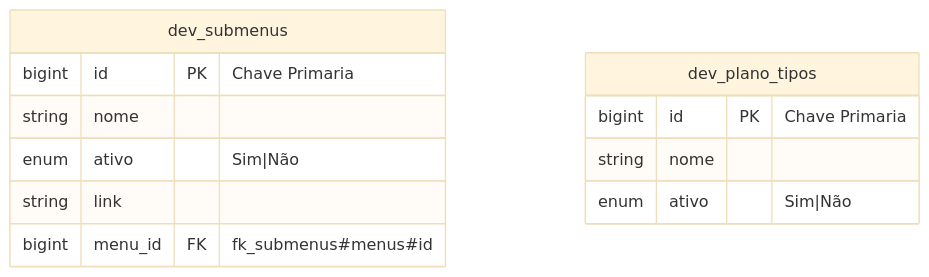
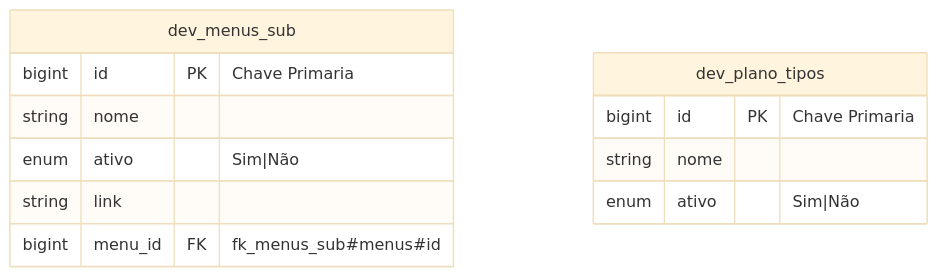
One commit to o-novo-dev/projeto-sistema changed the fifth of 8 diagrams in doc/modulo/laboratório.md. Above: the diagram before and after it, drawn with Mermaid (base theme). The commit also changed other lines of this file and 18 other files, not shown here.

````diff
--- a/doc/modulo/laboratório.md
+++ b/doc/modulo/laboratório.md
@@ -87,15 +87,15 @@
 ```mermaid
 erDiagram
-  dev_submenus {
+  dev_menus_sub {
     bigint id PK "Chave Primaria"
     string nome
     enum ativo "Sim|Não"
     string link
-    bigint menu_id FK "fk_submenus#menus#id"
+    bigint menu_id FK "fk_menus_sub#menus#id"
   }
   dev_plano_tipos {
     bigint id PK "Chave Primaria"
     string nome
     enum ativo "Sim|Não"
   }
 ```
````
